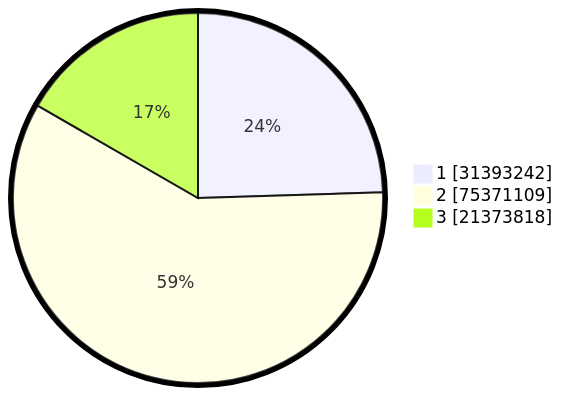
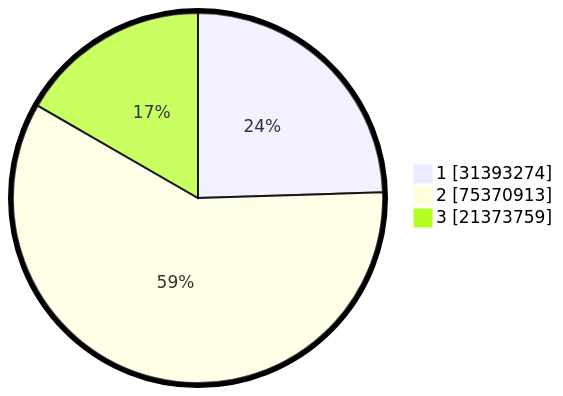
Before and after one commit to gigit-pemilu/pemilu-2024: the second of 2 diagrams in pilpres/hitung-suara/README.md, drawn with Mermaid. The commit also changed other lines of this file and 6 other files, not shown here.

````diff
--- a/pilpres/hitung-suara/README.md
+++ b/pilpres/hitung-suara/README.md
@@ -93,7 +93,7 @@
 ```mermaid
 %%{init: {"pie": {"textPosition": 0.5}, "themeVariables": {"pieOuterStrokeWidth": "5px"}} }%%
 pie showData
-    "1" : 31393242
-    "2" : 75371109
-    "3" : 21373818
+    "1" : 31393274
+    "2" : 75370913
+    "3" : 21373759
 ```
````
